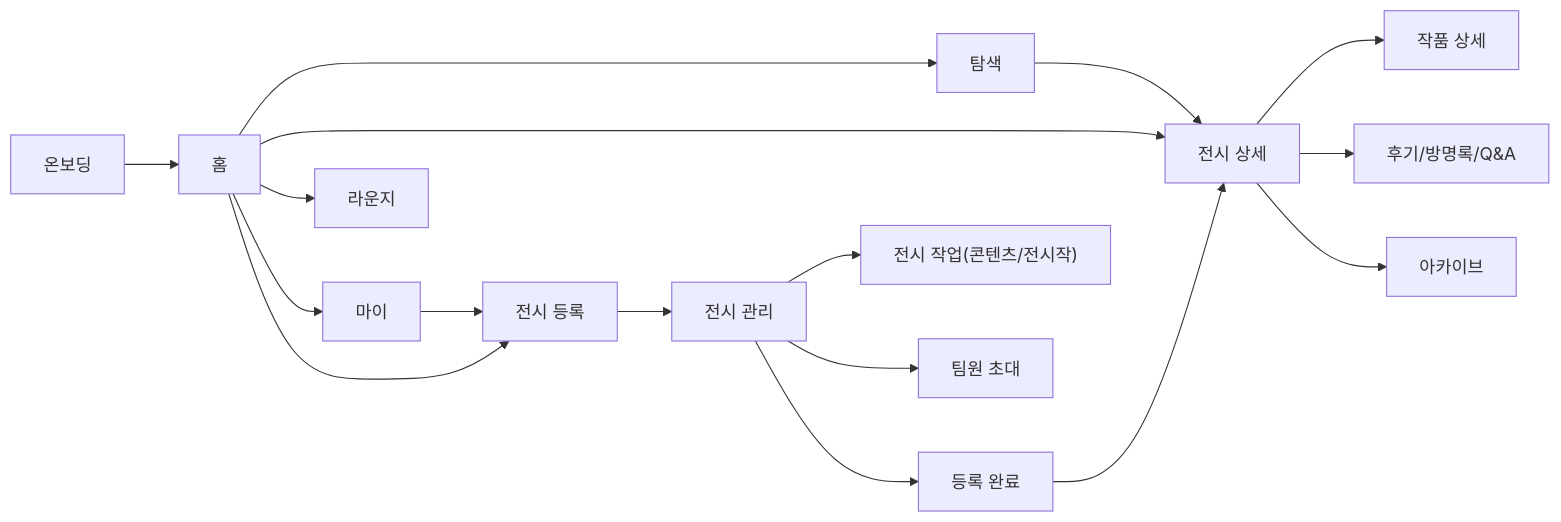
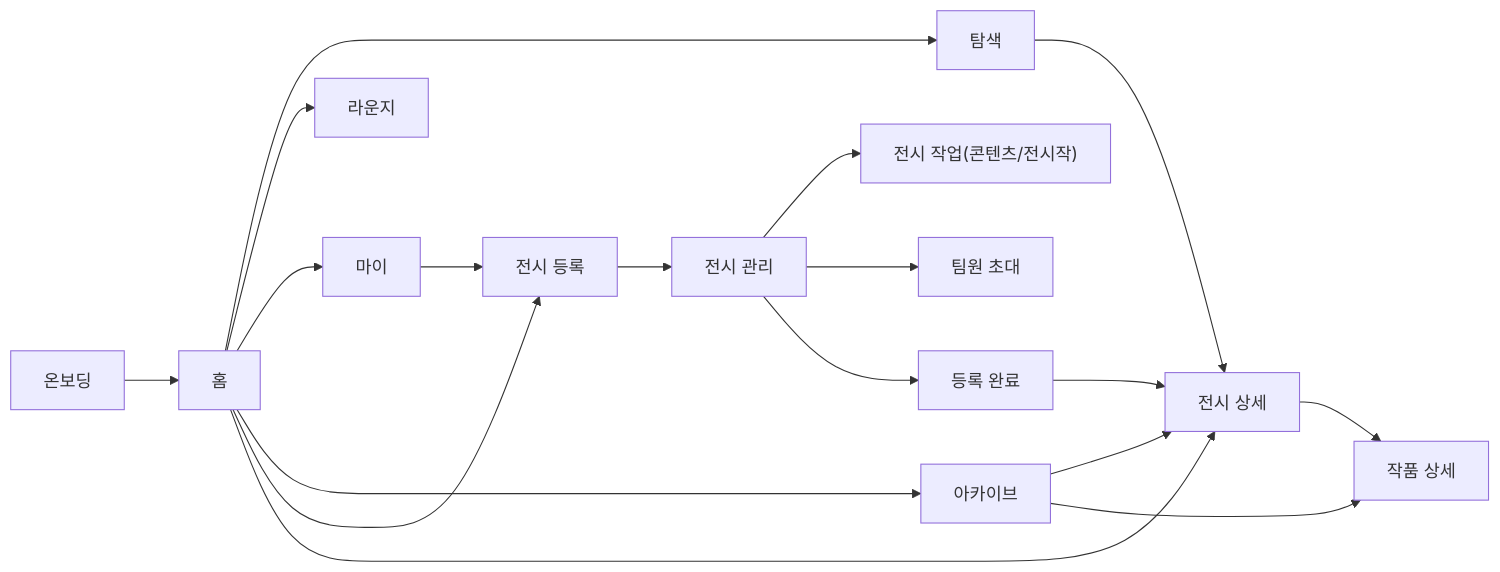
The diagram in README.md (UMC-DISPLAYU/Frontend), drawn with Mermaid before and after one commit. The commit also changed other lines of this file, not shown here.

Commit message:
Update README.md
화면 목록 및 플로우 변경

````diff
--- a/README.md
+++ b/README.md
@@ -103,21 +101,27 @@
 ```mermaid
 flowchart LR
     Onboard["온보딩"] --> Home["홈"]
+
     Home --> Explore["탐색"]
-    Home --> ExhDetail["전시 상세"]
-    Explore --> ExhDetail
-    ExhDetail --> ArtDetail["작품 상세"]
-    ExhDetail --> Review["후기/방명록/Q&A"]
-    ExhDetail --> Archive["아카이브"]
-
     Home --> Lounge["라운지"]
     Home --> My["마이"]
+    Home --> Archive["아카이브"]
+    Home --> ExhCreate["전시 등록"]
 
-    My --> ExhCreate["전시 등록"]
-    Home --> ExhCreate
+    Explore --> ExhDetail["전시 상세"]
+    Home --> ExhDetail
+
+    Archive --> ExhDetail
+    Archive --> ArtDetail["작품 상세"]
+
+    ExhDetail --> ArtDetail
+
+    My --> ExhCreate
+
     ExhCreate --> ExhManage["전시 관리"]
     ExhManage --> ExhWork["전시 작업(콘텐츠/전시작)"]
     ExhManage --> Team["팀원 초대"]
     ExhManage --> Publish["등록 완료"]
+
     Publish --> ExhDetail
 ```
````
